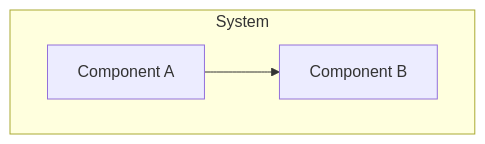
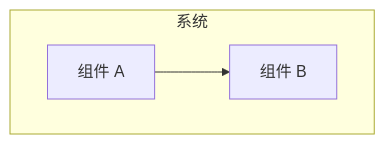
One commit to kingoliang/polyglot-engineering-claude-plugin changed the third of 4 diagrams in skills/uml-generator/skill.md. Above: the diagram before and after it, drawn with Mermaid. The commit also changed other lines of this file and 31 other files, not shown here.

````diff
--- a/skills/uml-generator/skill.md
+++ b/skills/uml-generator/skill.md
@@ -61,8 +61,8 @@
 ```mermaid
 graph TB
-    subgraph System
-        A[Component A]
-        B[Component B]
+    subgraph 系统
+        A[组件 A]
+        B[组件 B]
     end
     A --> B
 ```
````
